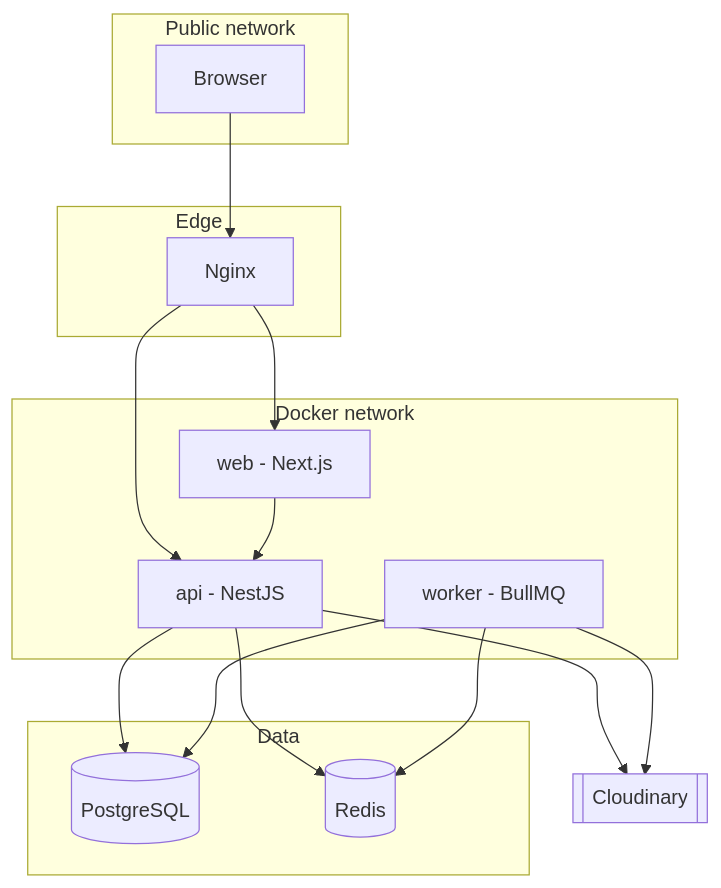
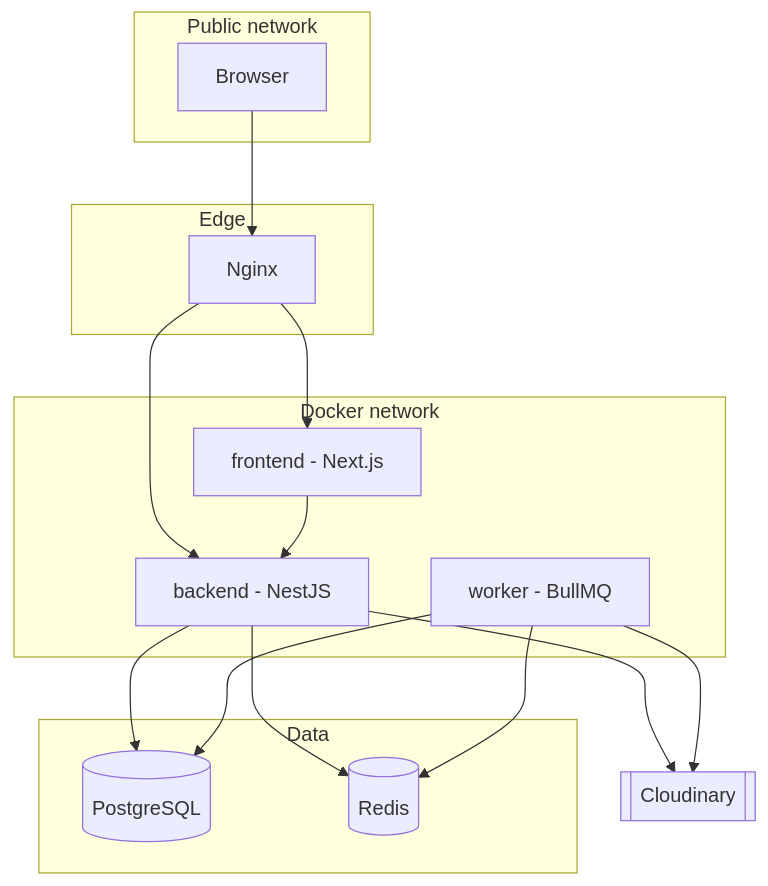
The second of 3 diagrams in docs/04-system-architecture.md (reazulislamreaz/your-academy), drawn with Mermaid before and after one commit. The commit also changed other lines of this file and 42 other files, not shown here.

Commit message:
Refactor project structure to a modular monolith layout, renaming directories from `apps` and `packages` to `frontend`, `backend`, `worker`, and `shared`. Update documentation and scripts accordingly. Remove deprecated API and web directories, consolidating shared types and schemas.

````diff
--- a/docs/04-system-architecture.md
+++ b/docs/04-system-architecture.md
@@ -36,29 +37,29 @@
 ```mermaid
 flowchart TB
   subgraph public [Public network]
     Browser
   end
   subgraph edge [Edge]
     Nginx
   end
   subgraph app [Docker network]
-    Web[web - Next.js]
-    Api[api - NestJS]
+    Web[frontend - Next.js]
+    Api[backend - NestJS]
     Worker[worker - BullMQ]
   end
   subgraph data [Data]
     PG[(PostgreSQL)]
     Redis[(Redis)]
   end
   Cloudinary[[Cloudinary]]
   Browser --> Nginx
   Nginx --> Web
   Nginx --> Api
   Web --> Api
   Api --> PG
   Api --> Redis
   Api --> Cloudinary
   Worker --> Redis
   Worker --> PG
   Worker --> Cloudinary
 ```
````
